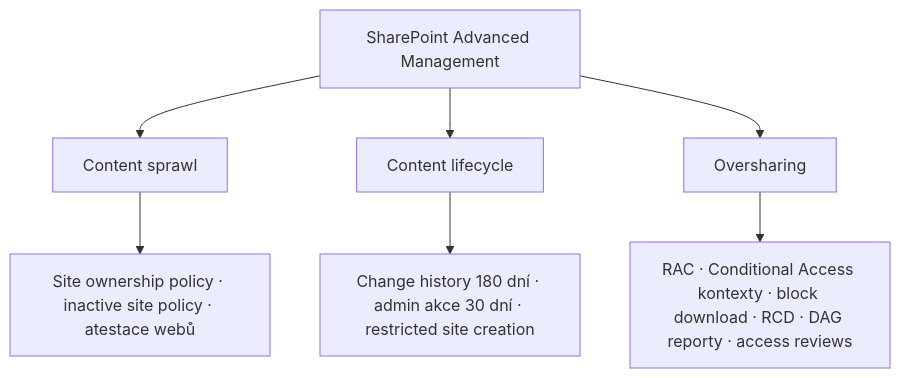
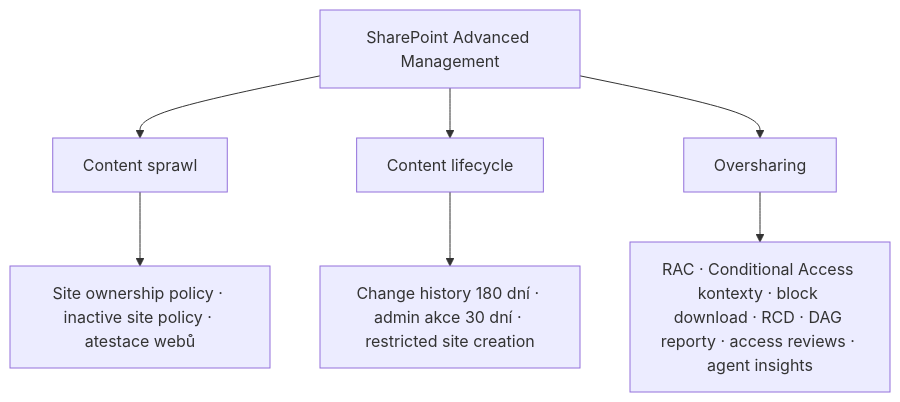
The diagram in day-3/advanced-management/README.md (MalasekPetr/gopas-goc224), drawn with Mermaid before and after one commit. The commit also changed other lines of this file and 10 other files, not shown here.

````diff
--- a/day-3/advanced-management/README.md
+++ b/day-3/advanced-management/README.md
@@ -18,10 +22,10 @@
 ```mermaid
 flowchart TB
   SAM[SharePoint Advanced Management]
   SAM --> S[Content sprawl]
   SAM --> L[Content lifecycle]
   SAM --> O[Oversharing]
   S --> S1[Site ownership policy · inactive site policy · atestace webů]
   L --> L1[Change history 180 dní · admin akce 30 dní · restricted site creation]
-  O --> O1[RAC · Conditional Access kontexty · block download · RCD · DAG reporty · access reviews]
+  O --> O1[RAC · Conditional Access kontexty · block download · RCD · DAG reporty · access reviews · agent insights]
 ```
````
